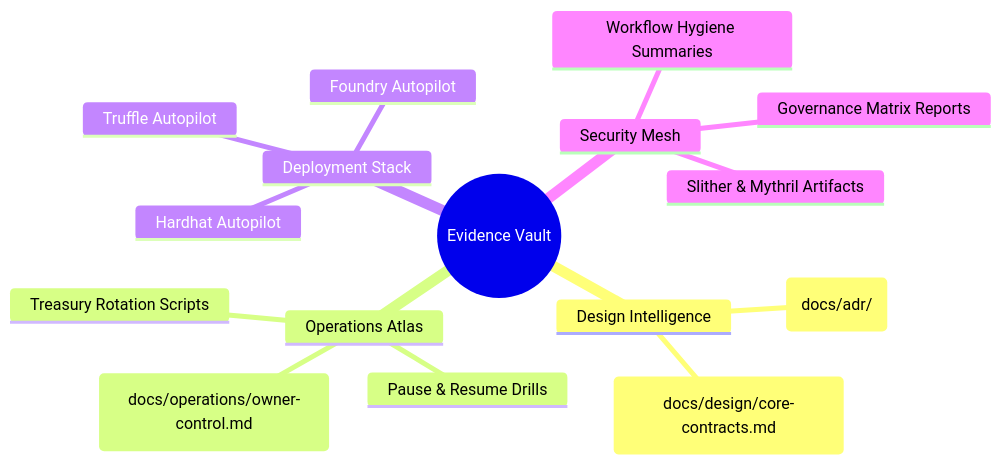
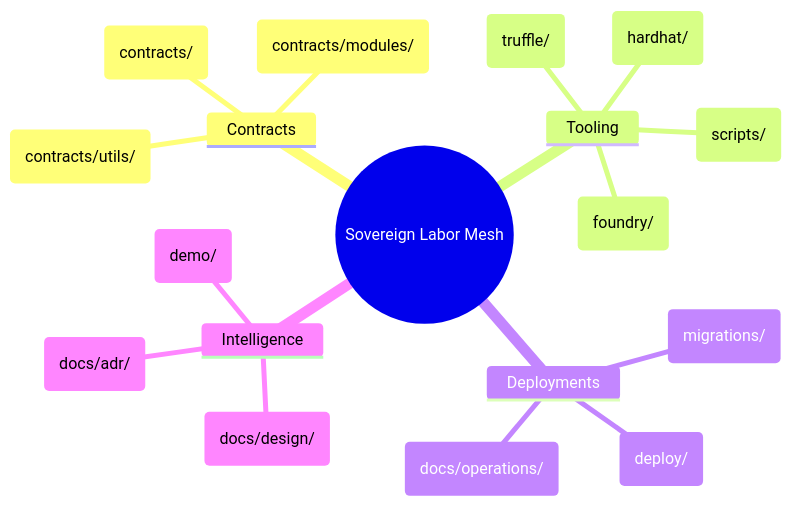
One commit to MontrealAI/agijobs-sovereign-labor-v0p1 changed the second of 5 diagrams in README.md. Above: the diagram before and after it, drawn with Mermaid. The commit also changed other lines of this file and 1 other file, not shown here.

Commit message:
docs: refresh sovereign README and enforce ci gate

````diff
--- a/README.md
+++ b/README.md
@@ -392,19 +92,21 @@
 ```mermaid
 mindmap
-  root((Evidence Vault))
-    Design Intelligence
-      Core Contracts (docs/design/core-contracts.md)
-      ADR Ledger (docs/adr/)
-    Operations Atlas
-      Owner Control Playbook (docs/operations/owner-control.md)
-      Pause & Resume Drills
-      Treasury Rotation Scripts
-    Deployment Stack
-      Truffle Autopilot
-      Hardhat Autopilot
-      Foundry Autopilot
-    Security Mesh
-      Governance Matrix Reports
-      Slither & Mythril Artifacts
-      Workflow Hygiene Summaries
+  root((Sovereign Labor Mesh))
+    Contracts
+      Core(contracts/)
+      Modules(contracts/modules/)
+      Utils(contracts/utils/)
+    Tooling
+      Truffle(truffle/)
+      Hardhat(hardhat/)
+      Foundry(foundry/)
+      Scripts(scripts/)
+    Deployments
+      Migrations(migrations/)
+      Manifests(deploy/)
+      Operations(docs/operations/)
+    Intelligence
+      Design(docs/design/)
+      ADRs(docs/adr/)
+      Demo(demo/)
 ```
````
